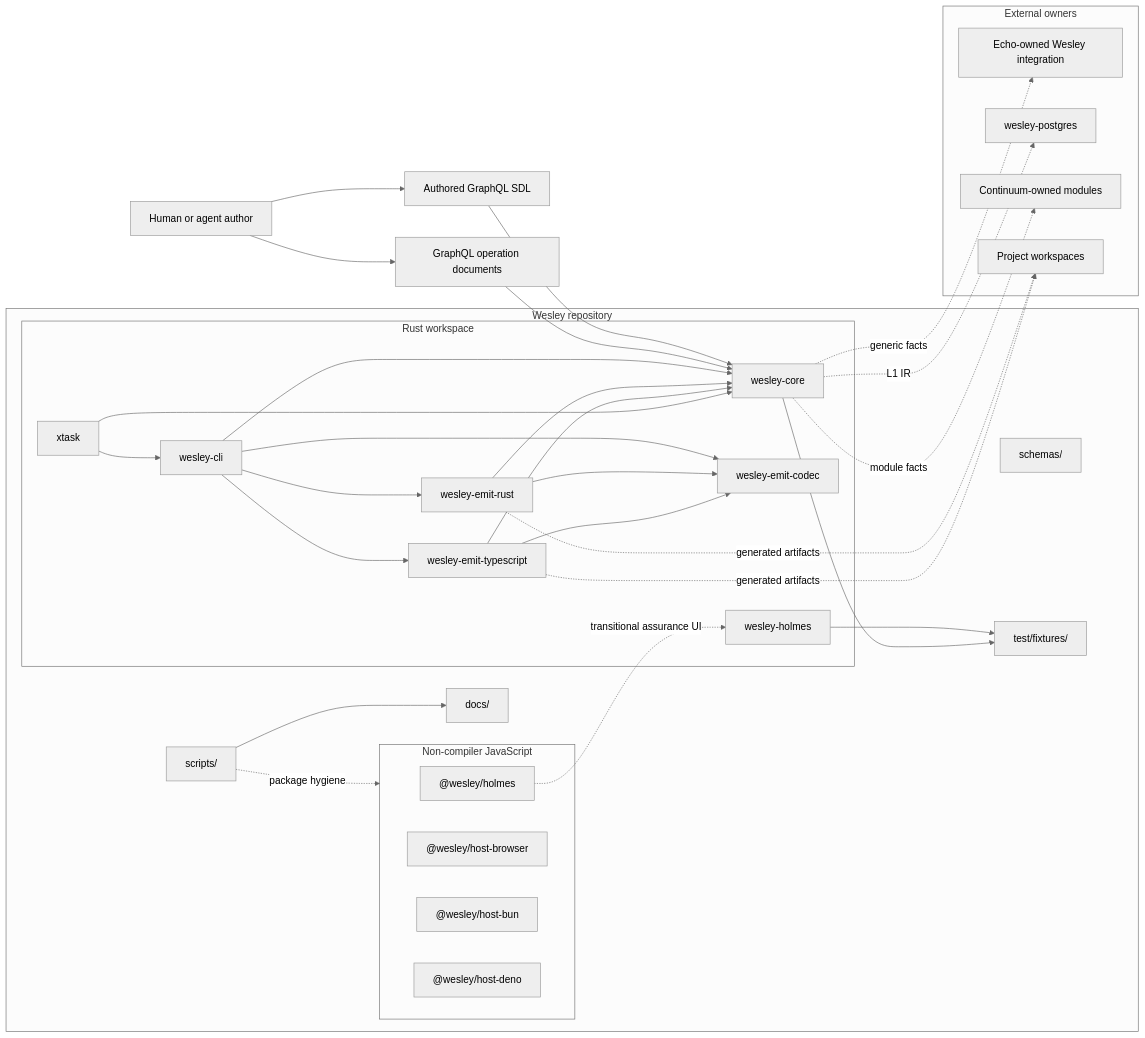
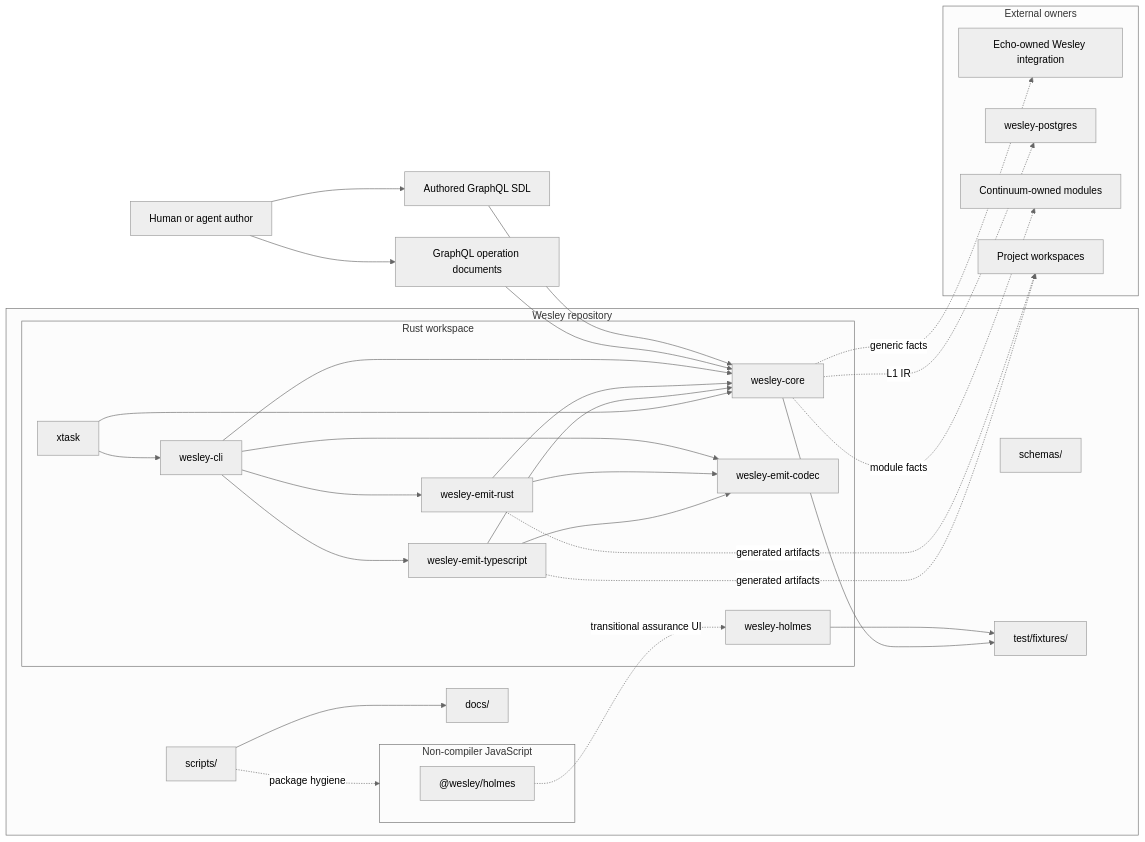
The first of 9 diagrams in docs/ARCHITECTURE.md (flyingrobots/wesley), drawn with Mermaid (neutral theme) before and after one commit. The commit also changed other lines of this file and 88 other files, not shown here.

````diff
--- a/docs/ARCHITECTURE.md
+++ b/docs/ARCHITECTURE.md
@@ -54,61 +54,58 @@
 ```mermaid
 flowchart LR
     Author[Human or agent author] --> SDL[Authored GraphQL SDL]
     Author --> OP[GraphQL operation documents]
 
     subgraph WesleyRepo["Wesley repository"]
         subgraph Rust["Rust workspace"]
             Core[wesley-core]
             CodecPlan[wesley-emit-codec]
             RustEmitter[wesley-emit-rust]
             TsEmitter[wesley-emit-typescript]
             RustHolmes[wesley-holmes]
             NativeCli[wesley-cli]
             Xtask[xtask]
         end
 
         subgraph JS["Non-compiler JavaScript"]
             Holmes["@wesley/holmes"]
-            Browser["@wesley/host-browser"]
-            Bun["@wesley/host-bun"]
-            Deno["@wesley/host-deno"]
         end
 
         Docs[docs/]
         Schemas[schemas/]
         Fixtures[test/fixtures/]
         Scripts[scripts/]
     end
 
     subgraph External["External owners"]
         Echo[Echo-owned Wesley integration]
         Postgres[wesley-postgres]
         Continuum[Continuum-owned modules]
         Apps[Project workspaces]
     end
 
     SDL --> Core
     OP --> Core
     NativeCli --> Core
     NativeCli --> CodecPlan
     NativeCli --> RustEmitter
     NativeCli --> TsEmitter
     RustEmitter --> Core
     RustEmitter --> CodecPlan
     TsEmitter --> Core
     TsEmitter --> CodecPlan
     RustHolmes --> Fixtures
     Xtask --> NativeCli
     Xtask --> Core
 
     Core --> Fixtures
     Holmes -. transitional assurance UI .-> RustHolmes
     Scripts --> Docs
     Scripts -. package hygiene .-> JS
 
     Core -. generic facts .-> Echo
     Core -. L1 IR .-> Postgres
     Core -. module facts .-> Continuum
     RustEmitter -. generated artifacts .-> Apps
     TsEmitter -. generated artifacts .-> Apps
 ```
````
